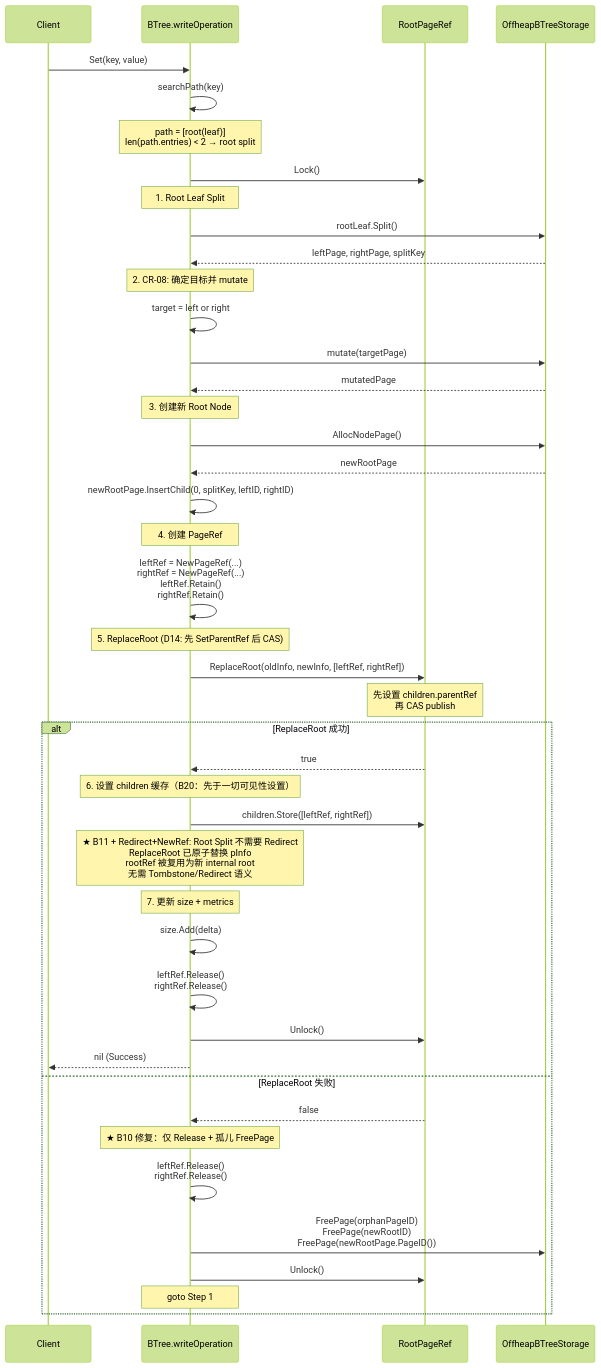
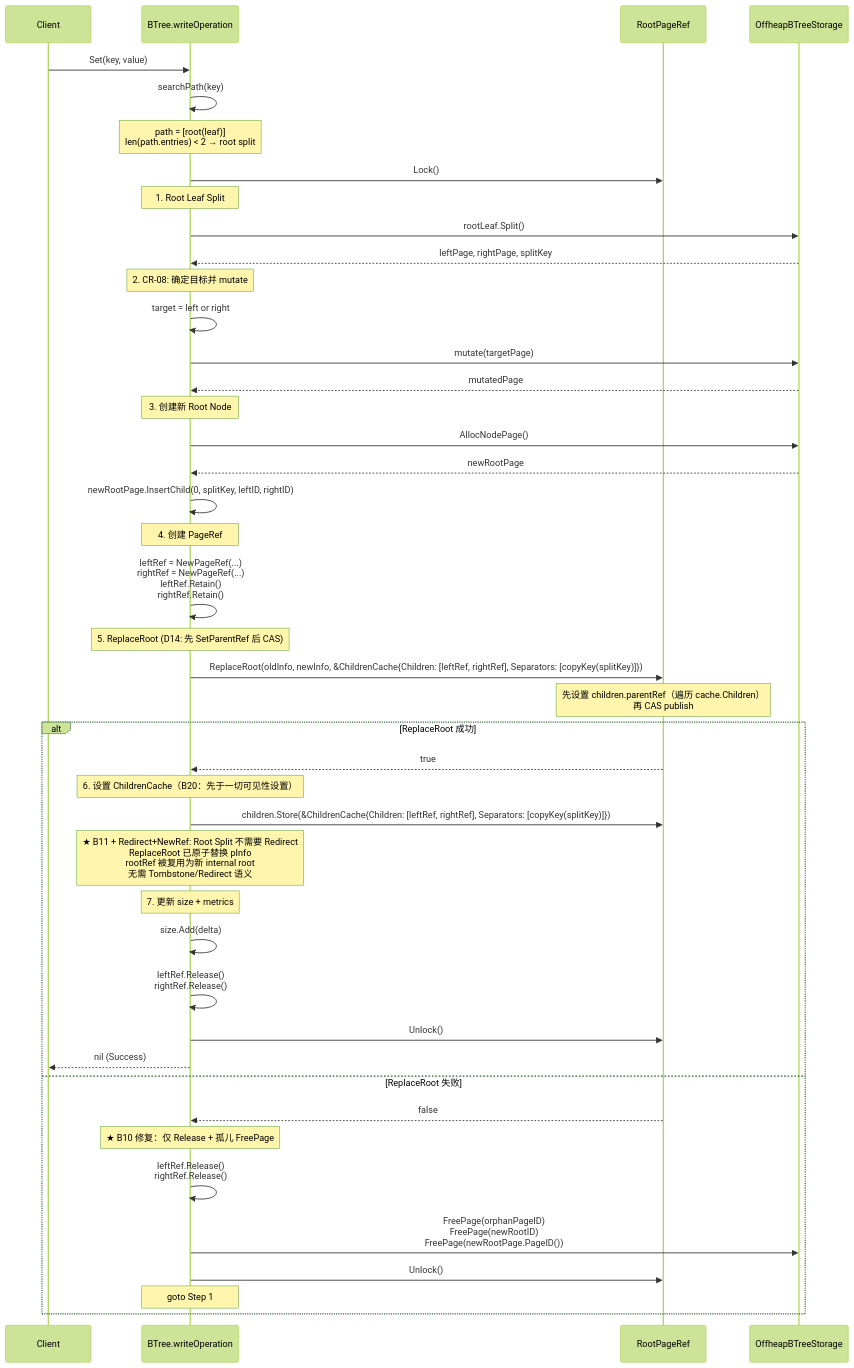
The third of 5 diagrams in docs/07_spike/btree-refactor/2026-04-02-btree-split-implement.md (jzhang405/NexKV), drawn with Mermaid (forest theme) before and after one commit. The commit also changed other lines of this file and 1 other file, not shown here.

First line of the commit message:
docs(btree): 添加 ChildrenCache 内嵌 separators 方案，更新 split 实现文档

````diff
--- a/docs/07_spike/btree-refactor/2026-04-02-btree-split-implement.md
+++ b/docs/07_spike/btree-refactor/2026-04-02-btree-split-implement.md
@@ -632,56 +650,56 @@
 ```mermaid
 sequenceDiagram
     participant Client
     participant BTree as BTree.writeOperation
     participant RootRef as RootPageRef
     participant Storage as OffheapBTreeStorage
 
     Client->>BTree: Set(key, value)
     BTree->>BTree: searchPath(key)
     Note over BTree: path = [root(leaf)]<br/>len(path.entries) < 2 → root split
 
     BTree->>RootRef: Lock()
 
     Note over BTree: 1. Root Leaf Split
     BTree->>Storage: rootLeaf.Split()
     Storage-->>BTree: leftPage, rightPage, splitKey
 
     Note over BTree: 2. CR-08: 确定目标并 mutate
     BTree->>BTree: target = left or right
     BTree->>Storage: mutate(targetPage)
     Storage-->>BTree: mutatedPage
 
     Note over BTree: 3. 创建新 Root Node
     BTree->>Storage: AllocNodePage()
     Storage-->>BTree: newRootPage
     BTree->>BTree: newRootPage.InsertChild(0, splitKey, leftID, rightID)
 
     Note over BTree: 4. 创建 PageRef
     BTree->>BTree: leftRef = NewPageRef(...)<br/>rightRef = NewPageRef(...)<br/>leftRef.Retain()<br/>rightRef.Retain()
 
     Note over BTree: 5. ReplaceRoot (D14: 先 SetParentRef 后 CAS)
-    BTree->>RootRef: ReplaceRoot(oldInfo, newInfo, [leftRef, rightRef])
-    Note over RootRef: 先设置 children.parentRef<br/>再 CAS publish
+    BTree->>RootRef: ReplaceRoot(oldInfo, newInfo, &ChildrenCache{Children: [leftRef, rightRef], Separators: [copyKey(splitKey)]})
+    Note over RootRef: 先设置 children.parentRef（遍历 cache.Children）<br/>再 CAS publish
 
     alt ReplaceRoot 成功
         RootRef-->>BTree: true
 
-        Note over BTree: 6. 设置 children 缓存（B20：先于一切可见性设置）
-        BTree->>RootRef: children.Store([leftRef, rightRef])
+        Note over BTree: 6. 设置 ChildrenCache（B20：先于一切可见性设置）
+        BTree->>RootRef: children.Store(&ChildrenCache{Children: [leftRef, rightRef], Separators: [copyKey(splitKey)]})
 
         Note over BTree: ★ B11 + Redirect+NewRef: Root Split 不需要 Redirect<br/>ReplaceRoot 已原子替换 pInfo<br/>rootRef 被复用为新 internal root<br/>无需 Tombstone/Redirect 语义
 
         Note over BTree: 7. 更新 size + metrics
         BTree->>BTree: size.Add(delta)
         BTree->>BTree: leftRef.Release()<br/>rightRef.Release()
         BTree->>RootRef: Unlock()
         BTree-->>Client: nil (Success)
     else ReplaceRoot 失败
         RootRef-->>BTree: false
         Note over BTree: ★ B10 修复：仅 Release + 孤儿 FreePage
         BTree->>BTree: leftRef.Release()<br/>rightRef.Release()
         BTree->>Storage: FreePage(orphanPageID)<br/>FreePage(newRootID)<br/>FreePage(newRootPage.PageID())
         BTree->>RootRef: Unlock()
         Note over BTree: goto Step 1
     end
 ```
````
